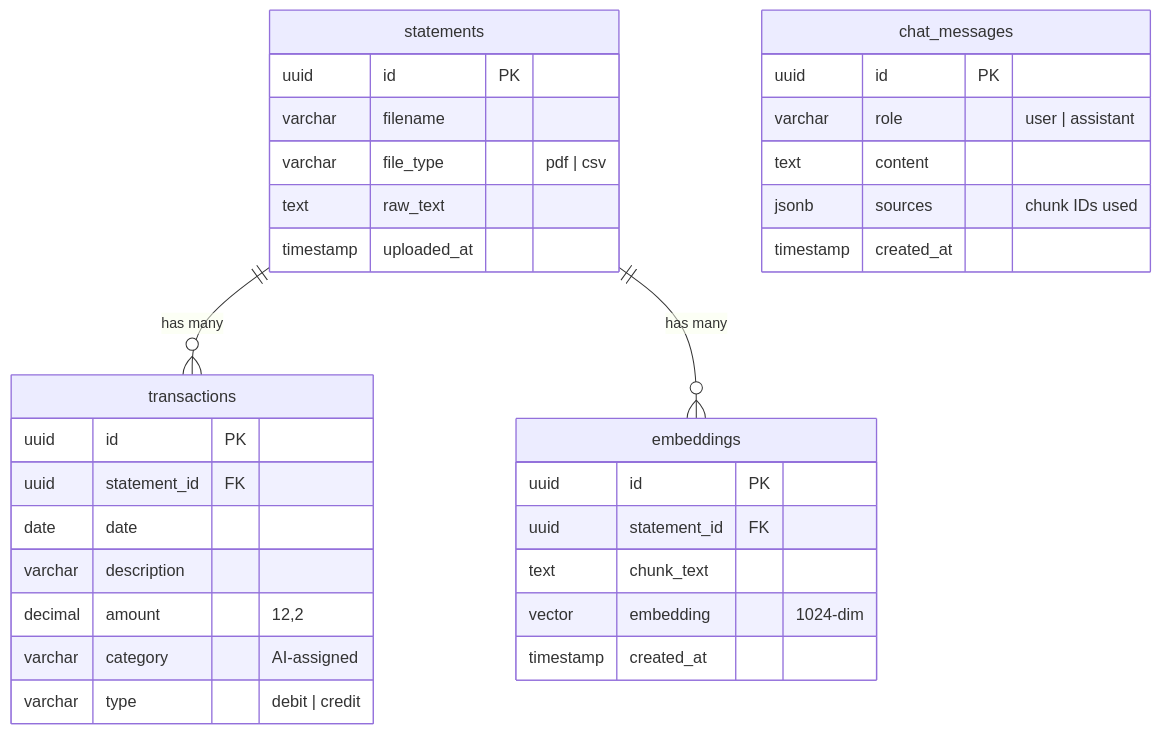
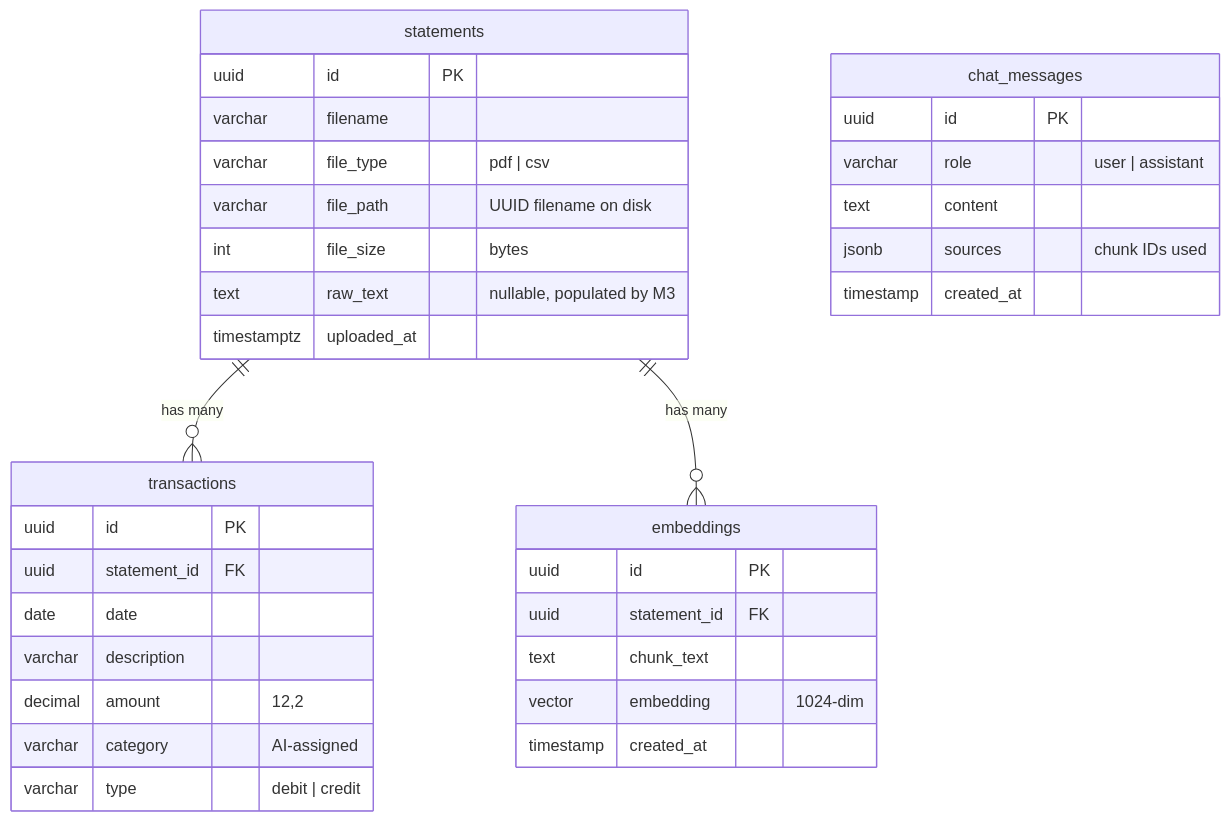
Before and after one commit to darth-dodo/ledger: the fourth of 7 diagrams in docs/architecture.md, drawn with Mermaid. The commit also changed other lines of this file and 25 other files, not shown here.

````diff
--- a/docs/architecture.md
+++ b/docs/architecture.md
@@ -157,39 +157,41 @@
 ```mermaid
 erDiagram
     statements {
         uuid id PK
         varchar filename
         varchar file_type "pdf | csv"
-        text raw_text
-        timestamp uploaded_at
+        varchar file_path "UUID filename on disk"
+        int file_size "bytes"
+        text raw_text "nullable, populated by M3"
+        timestamptz uploaded_at
     }
 
     transactions {
         uuid id PK
         uuid statement_id FK
         date date
         varchar description
         decimal amount "12,2"
         varchar category "AI-assigned"
         varchar type "debit | credit"
     }
 
     embeddings {
         uuid id PK
         uuid statement_id FK
         text chunk_text
         vector embedding "1024-dim"
         timestamp created_at
     }
 
     chat_messages {
         uuid id PK
         varchar role "user | assistant"
         text content
         jsonb sources "chunk IDs used"
         timestamp created_at
     }
 
     statements ||--o{ transactions : "has many"
     statements ||--o{ embeddings : "has many"
 ```
````
